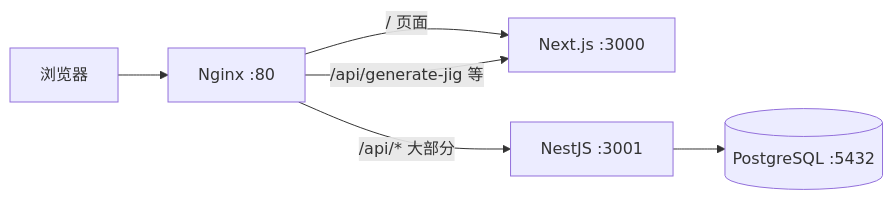
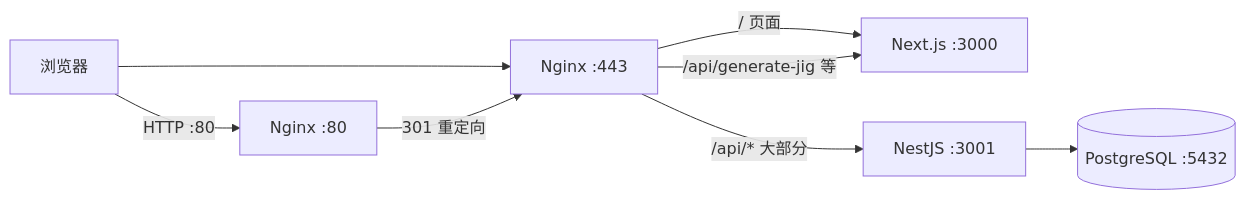
Before and after one commit to Hanggesimida/keyboard-designer: the diagram in docs/DEPLOYMENT.md, drawn with Mermaid. The commit also changed other lines of this file and 6 other files, not shown here.

````diff
--- a/docs/DEPLOYMENT.md
+++ b/docs/DEPLOYMENT.md
@@ -9,8 +9,10 @@
 ```mermaid
 flowchart LR
-    Client[浏览器] --> Nginx[Nginx :80]
+    Client[浏览器] --> Nginx[Nginx :443]
+    Client -->|HTTP :80| Nginx80[Nginx :80]
+    Nginx80 -->|301 重定向| Nginx
     Nginx -->|"/ 页面"| Web[Next.js :3000]
     Nginx -->|"/api/* 大部分"| API[NestJS :3001]
     Nginx -->|"/api/generate-jig 等"| Web
     API --> PG[(PostgreSQL :5432)]
 ```
````
